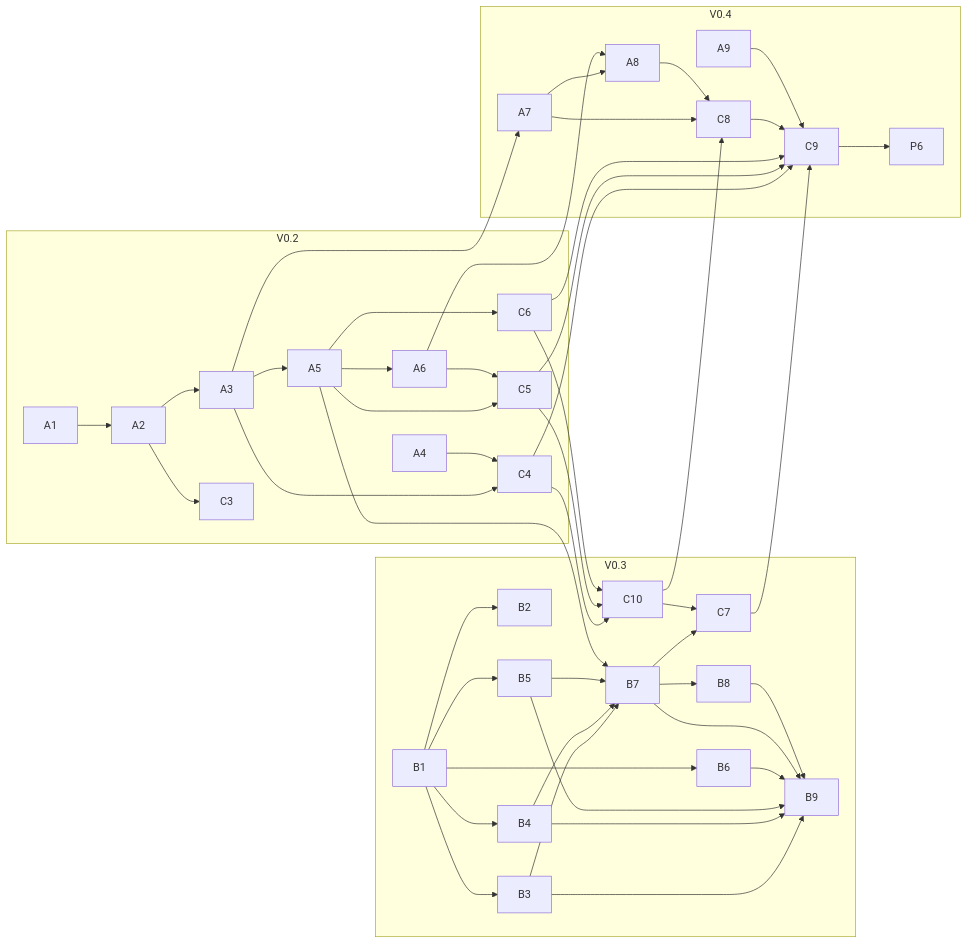
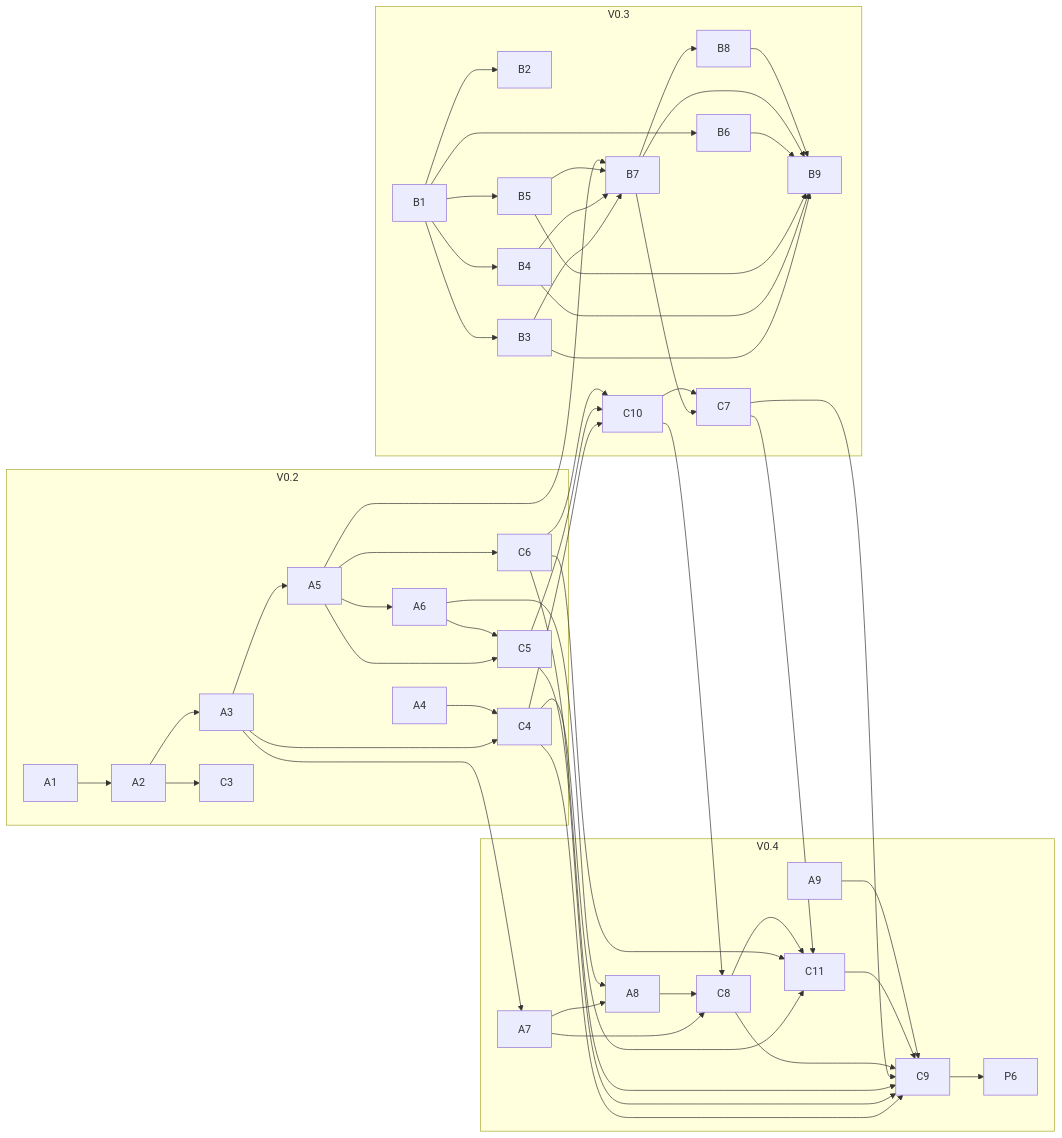
The diagram in plan/v0-tickets/README.md (nha-in/sandbox), drawn with Mermaid before and after one commit. The commit also changed other lines of this file and 31 other files, not shown here.

````diff
--- a/plan/v0-tickets/README.md
+++ b/plan/v0-tickets/README.md
@@ -112,31 +113,32 @@
 ```mermaid
 flowchart LR
     subgraph V0.2
         A1 --> A2 --> A3 --> A5 --> A6
         A4
         A3 --> C4
         A4 --> C4
         A5 --> C5
         A6 --> C5
         A5 --> C6
         A2 --> C3
     end
     subgraph V0.3
         B1 --> B2
         B1 --> B3 & B4 & B5 & B6
         B3 & B4 & B5 --> B7 --> B8
         A5 --> B7
         B3 & B4 & B5 & B6 & B7 & B8 --> B9
         B7 --> C7
         C4 & C5 & C6 --> C10 --> C7
     end
     subgraph V0.4
         A3 --> A7 --> A8
         A6 --> A8
         A7 & A8 --> C8
         C10 --> C8
         C4 & C5 & C6 & C7 & C8 --> C9
+        C4 & C6 & C7 & C8 --> C11 --> C9
         A9 --> C9
         C9 --> P6
     end
 ```
````
